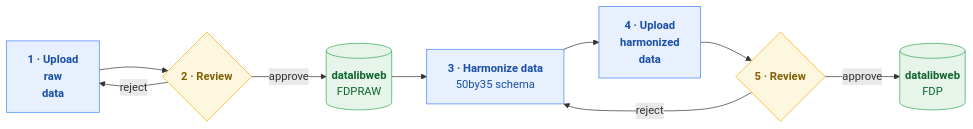
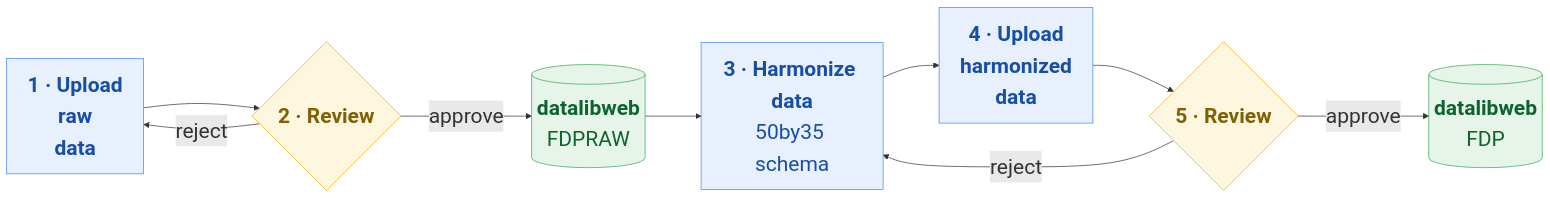
Before and after one commit to GPID-WB/50by35-data: the diagram in index.qmd, drawn with Mermaid. The commit also changed other lines of this file and 14 other files, not shown here.

````diff
--- a/index.qmd
+++ b/index.qmd
@@ -16,29 +16,30 @@
 ```{mermaid}
 %%| label: fig-pipeline
 %%| fig-cap: "The 50by35 microdata pipeline"
-%%| fig-width: 8
+%%| fig-width: 13
+%%{init: {"flowchart": {"nodeSpacing": 60, "rankSpacing": 80}, "themeVariables": {"fontSize": "30px"}}}%%
 flowchart LR
     raw["<b>1 · Upload<br/>raw<br/>data</b>"]
     rawrev{"<b>2 · Review</b>"}
     dlwraw[("<b>datalibweb</b><br/>FDPRAW")]
     harm["<b>3 · Harmonize data</b><br/>50by35 schema"]
     hup["<b>4 · Upload<br/>harmonized<br/>data</b>"]
     hrev{"<b>5 · Review</b>"}
     dlw[("<b>datalibweb</b><br/>FDP")]
 
     raw --> rawrev
     rawrev -->|approve| dlwraw
     rawrev -->|reject| raw
     dlwraw --> harm
     harm --> hup
     hup --> hrev
     hrev -->|approve| dlw
     hrev -->|reject| harm
 
     classDef step fill:#e8f0fe,stroke:#4285f4,color:#174ea6;
     classDef gate fill:#fef7e0,stroke:#f9ab00,color:#7f6003;
     classDef store fill:#e6f4ea,stroke:#34a853,color:#0d652d;
     class raw,harm,hup step;
     class rawrev,hrev gate;
     class dlwraw,dlw store;
 ```
````
